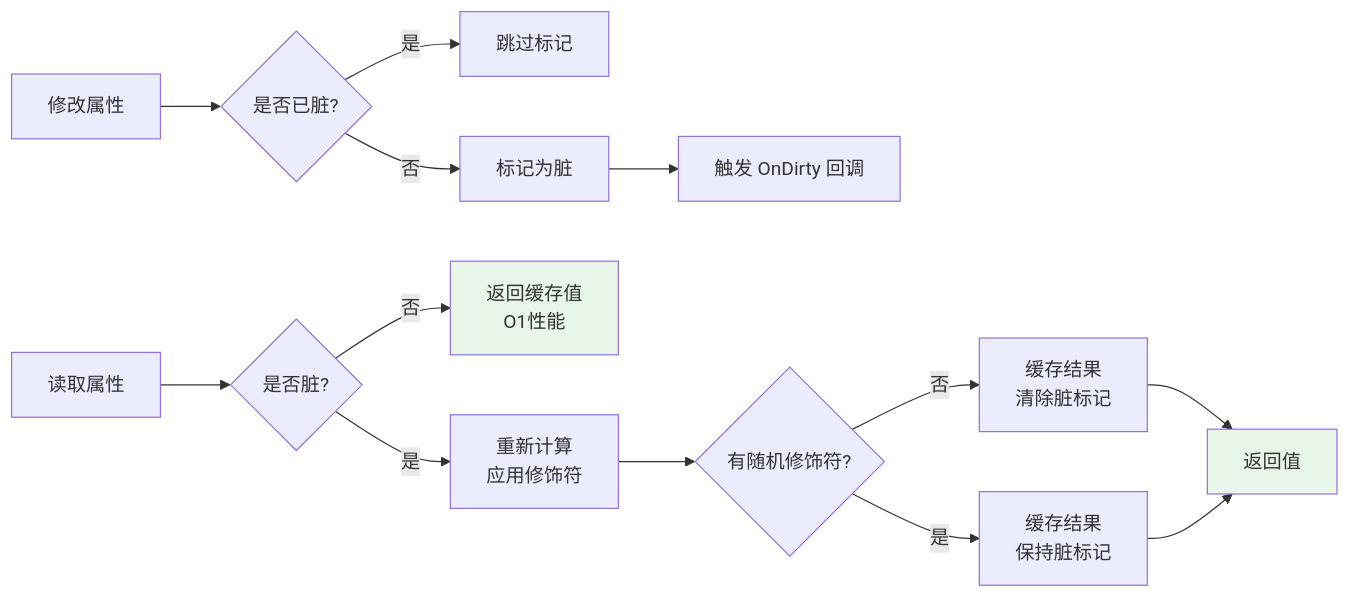
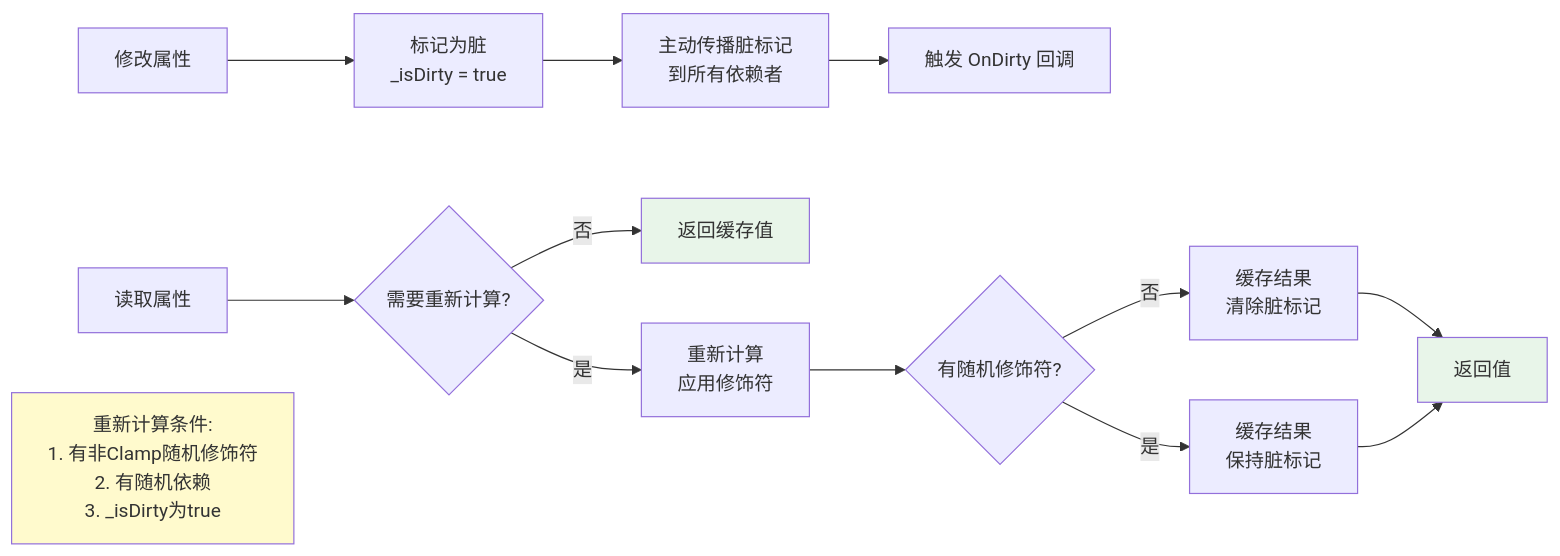
Diagram 12 of 12 in 03_CoreSystems/GameProperty/Document/Diagrams.md (CutrelyAlex/UnityEasyPack), drawn with Mermaid before and after one commit. The commit also changed other lines of this file and 4 other files, not shown here.

````diff
--- a/03_CoreSystems/GameProperty/Document/Diagrams.md
+++ b/03_CoreSystems/GameProperty/Document/Diagrams.md
@@ -815,19 +834,21 @@
 ```mermaid
 flowchart LR
-    A[修改属性] --> B{是否已脏?}
-    B -->|是| C[跳过标记]
-    B -->|否| D[标记为脏]
-    D --> E[触发 OnDirty 回调]
+    A[修改属性] --> D[标记为脏<br/>_isDirty = true]
+    D --> E[主动传播脏标记<br/>到所有依赖者]
+    E --> F[触发 OnDirty 回调]
     
-    F[读取属性] --> G{是否脏?}
-    G -->|否| H[返回缓存值<br/>O1性能]
-    G -->|是| I[重新计算<br/>应用修饰符]
-    I --> J{有随机修饰符?}
-    J -->|否| K[缓存结果<br/>清除脏标记]
-    J -->|是| L[缓存结果<br/>保持脏标记]
-    K --> M[返回值]
-    L --> M
+    G[读取属性] --> H{需要重新计算?}
+    H -->|否| I[返回缓存值]
+    H -->|是| J[重新计算<br/>应用修饰符]
+    J --> K{有随机修饰符?}
+    K -->|否| L[缓存结果<br/>清除脏标记]
+    K -->|是| M[缓存结果<br/>保持脏标记]
+    L --> N[返回值]
+    M --> N
+    
+    Note1[重新计算条件:<br/>1. 有非Clamp随机修饰符<br/>2. 有随机依赖<br/>3. _isDirty为true]
 
-    style H fill:#e8f5e9
-    style M fill:#e8f5e9
+    style I fill:#e8f5e9
+    style N fill:#e8f5e9
+    style Note1 fill:#fffacd
 ```
````
